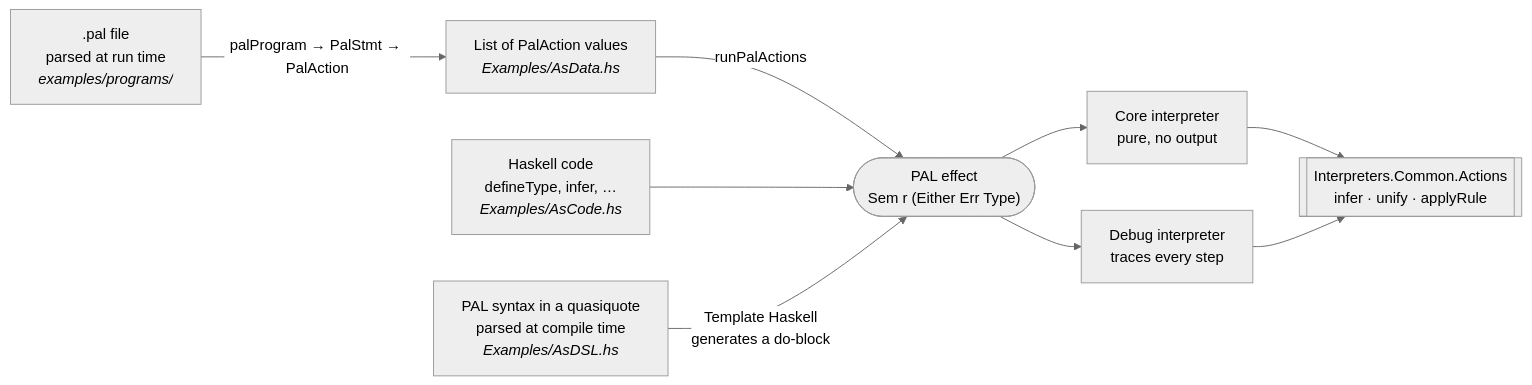
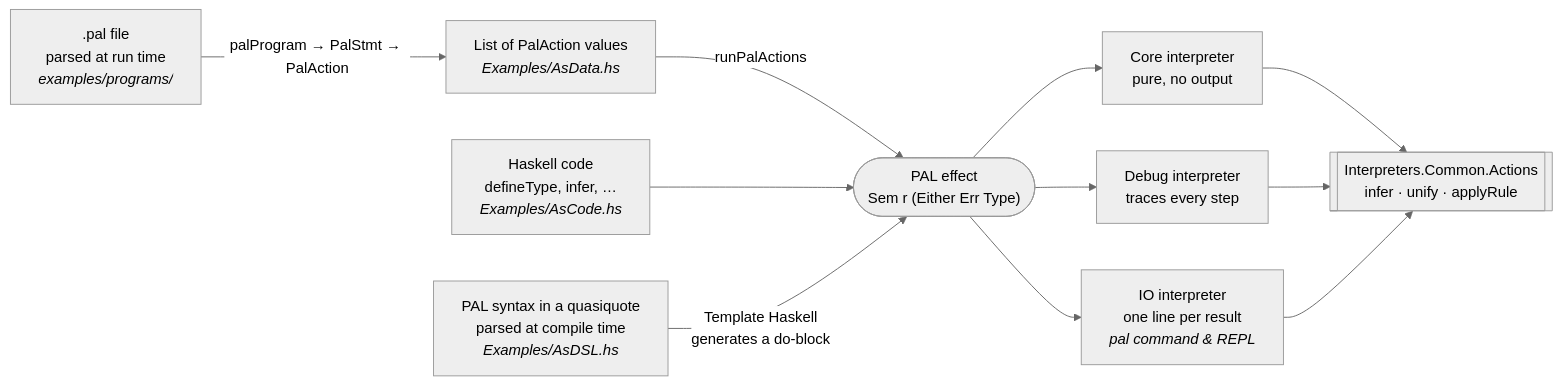
The first of 10 diagrams in TUTORIAL.md (Josemarialanda/pal), drawn with Mermaid (neutral theme) before and after one commit. The commit also changed other lines of this file and 10 other files, not shown here.

Commit message:
Add IO interpreter and interactive REPL

````diff
--- a/TUTORIAL.md
+++ b/TUTORIAL.md
@@ -120,18 +134,20 @@
 ```mermaid
 flowchart LR
     code["Haskell code<br/>defineType, infer, …<br/><i>Examples/AsCode.hs</i>"]
     data["List of PalAction values<br/><i>Examples/AsData.hs</i>"]
     dsl["PAL syntax in a quasiquote<br/>parsed at compile time<br/><i>Examples/AsDSL.hs</i>"]
     file[".pal file<br/>parsed at run time<br/><i>examples/programs/</i>"]
 
     file -- "palProgram → PalStmt → PalAction" --> data
     data -- "runPalActions" --> eff
     code --> eff
     dsl -- "Template Haskell<br/>generates a do-block" --> eff
 
     eff(["PAL effect<br/>Sem r (Either Err Type)"])
     eff --> core["Core interpreter<br/>pure, no output"]
     eff --> debug["Debug interpreter<br/>traces every step"]
+    eff --> io["IO interpreter<br/>one line per result<br/><i>pal command & REPL</i>"]
     core --> act[["Interpreters.Common.Actions<br/>infer · unify · applyRule"]]
     debug --> act
+    io --> act
 ```
````
